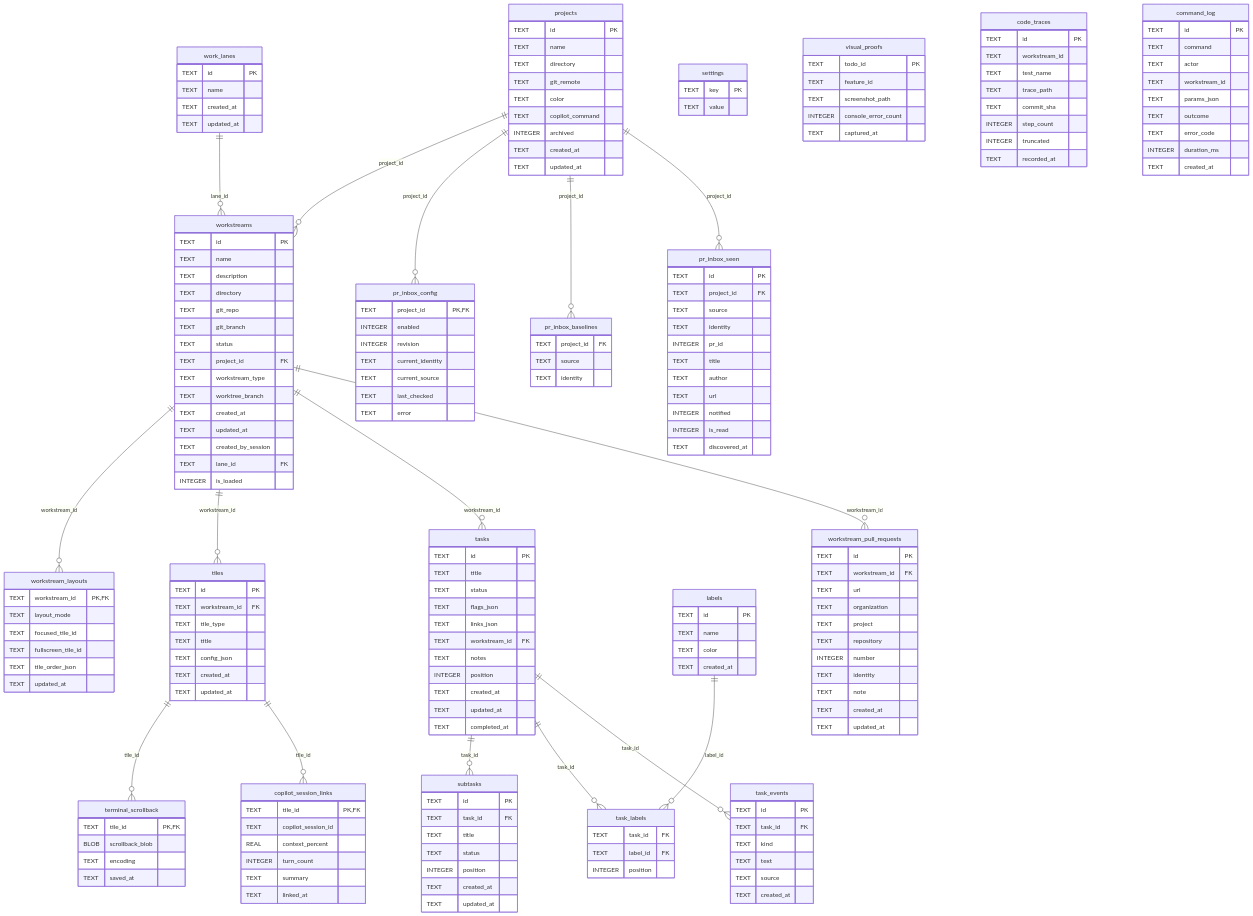
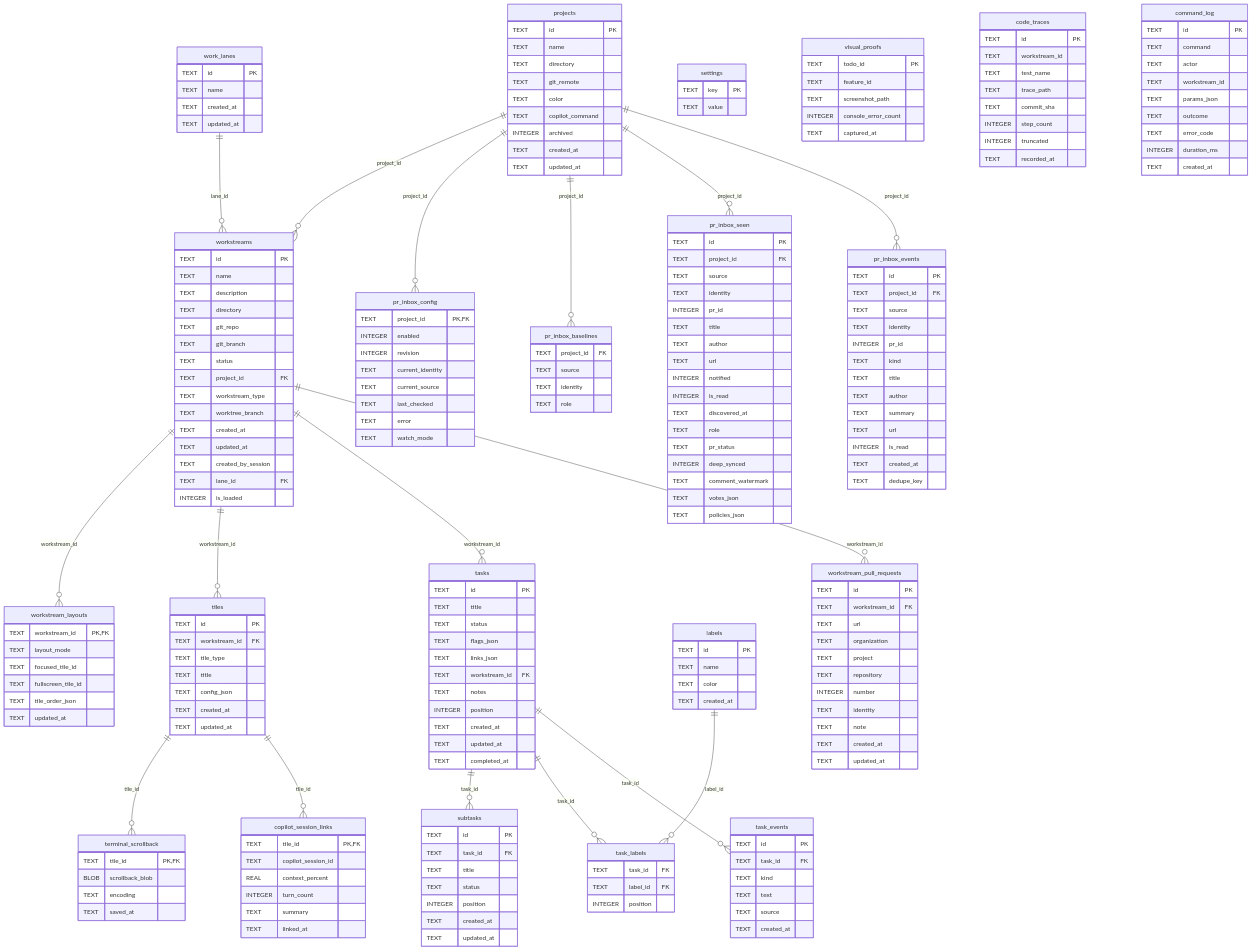
Before and after one commit to alejandroechev/workstreams: the diagram in docs/db-model.md, drawn with Mermaid. The commit also changed other lines of this file and 26 other files, not shown here.

````diff
--- a/docs/db-model.md
+++ b/docs/db-model.md
@@ -32,6 +32,7 @@
   projects ||--o{ pr_inbox_config : "project_id"
   projects ||--o{ pr_inbox_baselines : "project_id"
   projects ||--o{ pr_inbox_seen : "project_id"
+  projects ||--o{ pr_inbox_events : "project_id"
   projects {
     TEXT id PK
     TEXT name
@@ -191,11 +192,13 @@
     TEXT current_source
     TEXT last_checked
     TEXT error
+    TEXT watch_mode
   }
   pr_inbox_baselines {
     TEXT project_id FK
     TEXT source
     TEXT identity
+    TEXT role
   }
   pr_inbox_seen {
     TEXT id PK
@@ -209,5 +212,26 @@
     INTEGER notified
     INTEGER is_read
     TEXT discovered_at
+    TEXT role
+    TEXT pr_status
+    INTEGER deep_synced
+    TEXT comment_watermark
+    TEXT votes_json
+    TEXT policies_json
+  }
+  pr_inbox_events {
+    TEXT id PK
+    TEXT project_id FK
+    TEXT source
+    TEXT identity
+    INTEGER pr_id
+    TEXT kind
+    TEXT title
+    TEXT author
+    TEXT summary
+    TEXT url
+    INTEGER is_read
+    TEXT created_at
+    TEXT dedupe_key
   }
 ```
````
